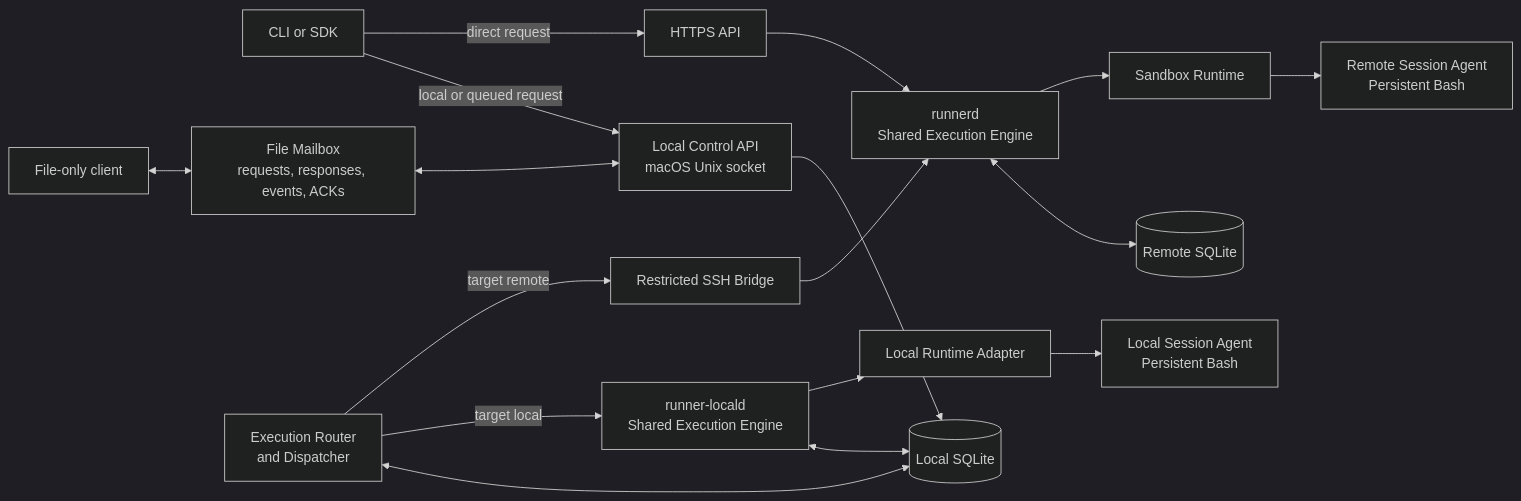
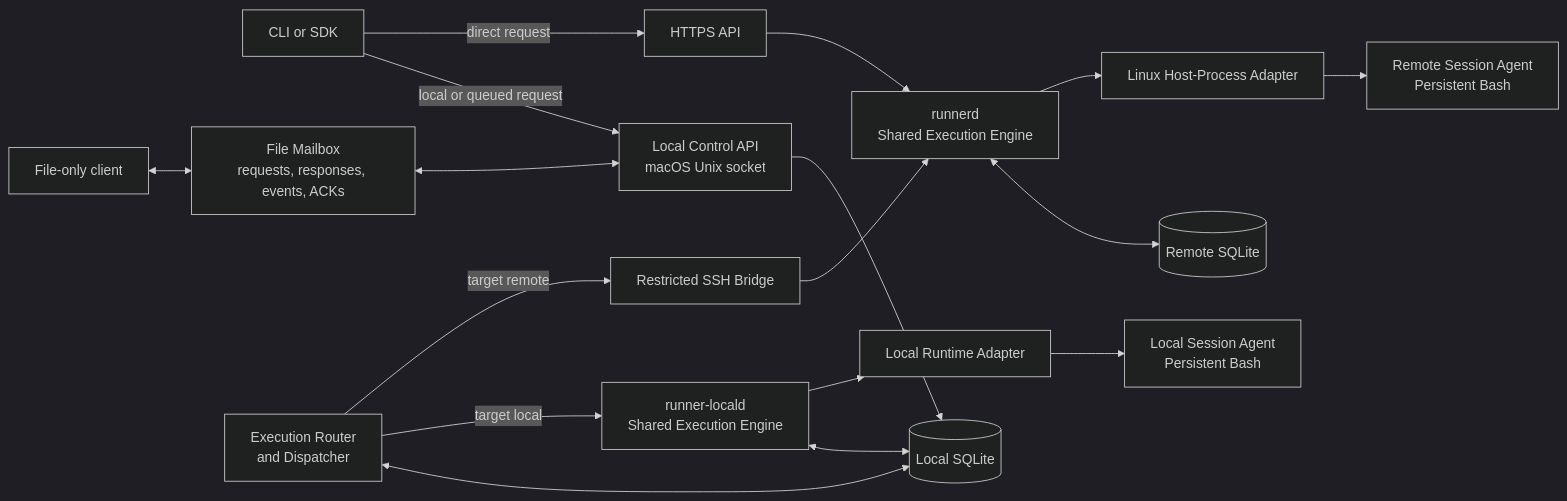
The diagram in 020-initial-design/010-remote-session-runner-initial-design.md (gavrilo123456/remote-session-runner), drawn with Mermaid (dark theme) before and after one commit. The commit also changed other lines of this file and 2 other files, not shown here.

Commit message:
docs: select Linux host-process PoC and public mTLS

````diff
--- a/020-initial-design/010-remote-session-runner-initial-design.md
+++ b/020-initial-design/010-remote-session-runner-initial-design.md
@@ -83,35 +83,35 @@
 ```mermaid
 flowchart LR
     C[CLI or SDK]
     FC[File-only client]
     MB["File Mailbox<br/>requests, responses, events, ACKs"]
     LAPI["Local Control API<br/>macOS Unix socket"]
     LDB[(Local SQLite)]
     ROUTER["Execution Router<br/>and Dispatcher"]
     LOCALD["runner-locald<br/>Shared Execution Engine"]
     LRT[Local Runtime Adapter]
     LAGENT["Local Session Agent<br/>Persistent Bash"]
     SSH[Restricted SSH Bridge]
     HTTPS[HTTPS API]
     RD["runnerd<br/>Shared Execution Engine"]
     RDB[(Remote SQLite)]
-    RT[Sandbox Runtime]
+    RT[Linux Host-Process Adapter]
     AGENT["Remote Session Agent<br/>Persistent Bash"]
 
     C -->|local or queued request| LAPI
     FC <--> MB
     MB <--> LAPI
     LAPI --> LDB
     ROUTER <--> LDB
     ROUTER -->|target local| LOCALD
     LOCALD <--> LDB
     LOCALD --> LRT
     LRT --> LAGENT
     ROUTER -->|target remote| SSH
     SSH --> RD
     C -->|direct request| HTTPS
     HTTPS --> RD
     RD <--> RDB
     RD --> RT
     RT --> AGENT
 ```
````
